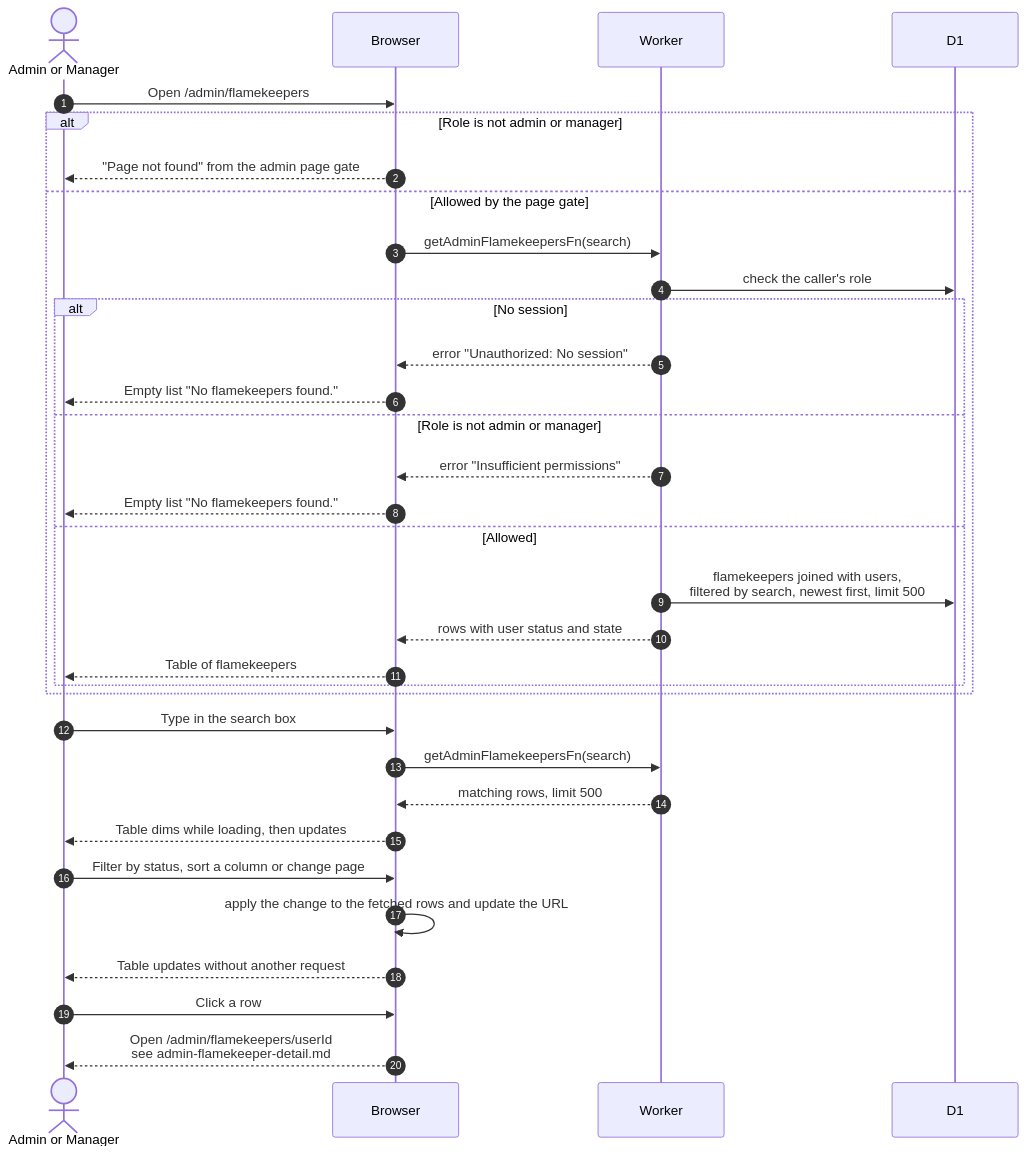
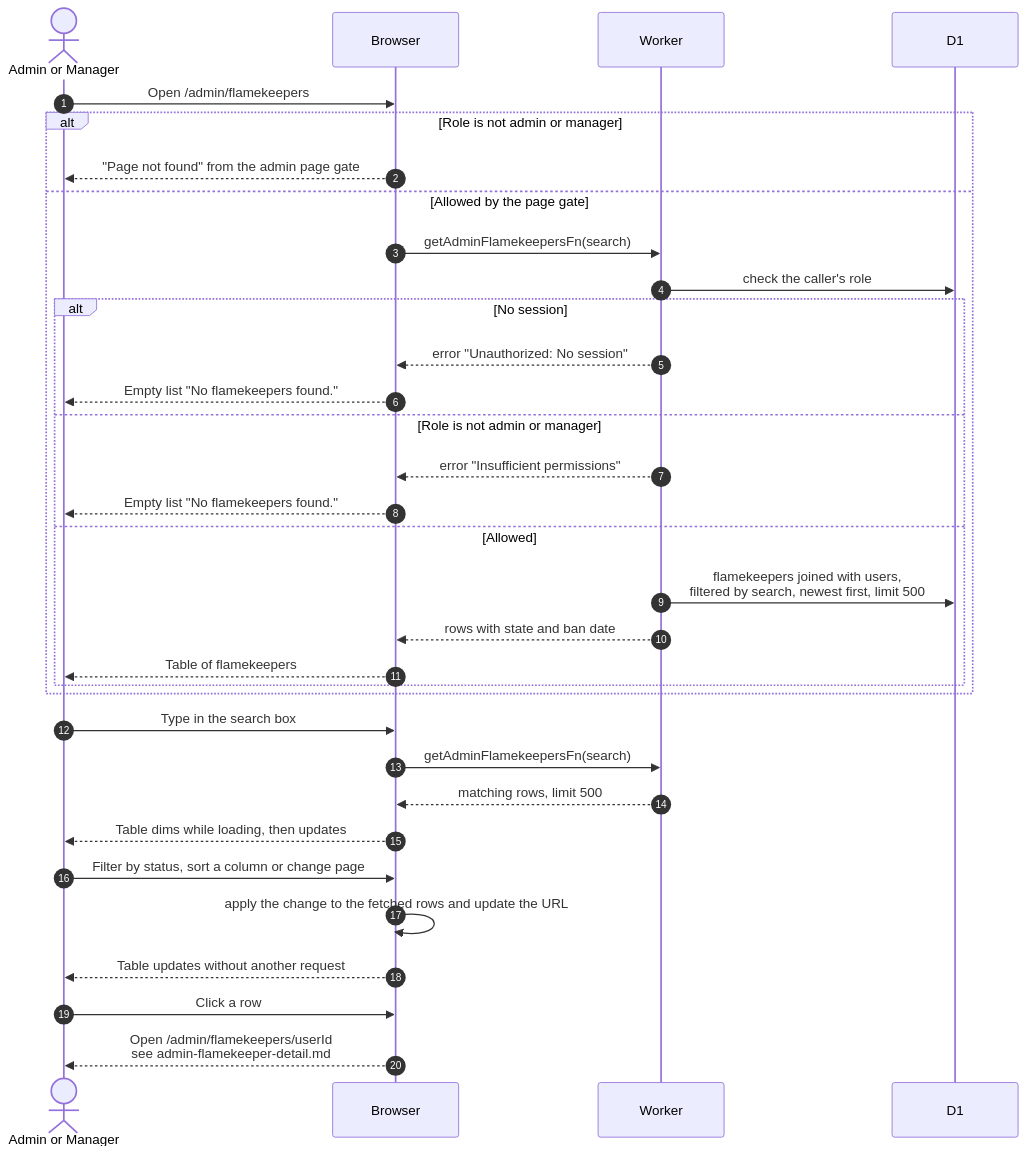
The diagram in docs/scenarios/flamekeepers/admin-flamekeepers.md (sagyzdop/meriksirat), drawn with Mermaid before and after one commit. The commit also changed other lines of this file and 45 other files, not shown here.

````diff
--- a/docs/scenarios/flamekeepers/admin-flamekeepers.md
+++ b/docs/scenarios/flamekeepers/admin-flamekeepers.md
@@ -19,35 +20,35 @@
 ```mermaid
 sequenceDiagram
     autonumber
     actor A as Admin or Manager
     participant Browser
     participant Worker
     participant D1
     A->>Browser: Open /admin/flamekeepers
     alt Role is not admin or manager
         Browser-->>A: "Page not found" from the admin page gate
     else Allowed by the page gate
         Browser->>Worker: getAdminFlamekeepersFn(search)
         Worker->>D1: check the caller's role
         alt No session
             Worker-->>Browser: error "Unauthorized: No session"
             Browser-->>A: Empty list "No flamekeepers found."
         else Role is not admin or manager
             Worker-->>Browser: error "Insufficient permissions"
             Browser-->>A: Empty list "No flamekeepers found."
         else Allowed
             Worker->>D1: flamekeepers joined with users,<br/>filtered by search, newest first, limit 500
-            Worker-->>Browser: rows with user status and state
+            Worker-->>Browser: rows with state and ban date
             Browser-->>A: Table of flamekeepers
         end
     end
     A->>Browser: Type in the search box
     Browser->>Worker: getAdminFlamekeepersFn(search)
     Worker-->>Browser: matching rows, limit 500
     Browser-->>A: Table dims while loading, then updates
     A->>Browser: Filter by status, sort a column or change page
     Browser->>Browser: apply the change to the fetched rows and update the URL
     Browser-->>A: Table updates without another request
     A->>Browser: Click a row
     Browser-->>A: Open /admin/flamekeepers/userId<br/>see admin-flamekeeper-detail.md
 ```
````
